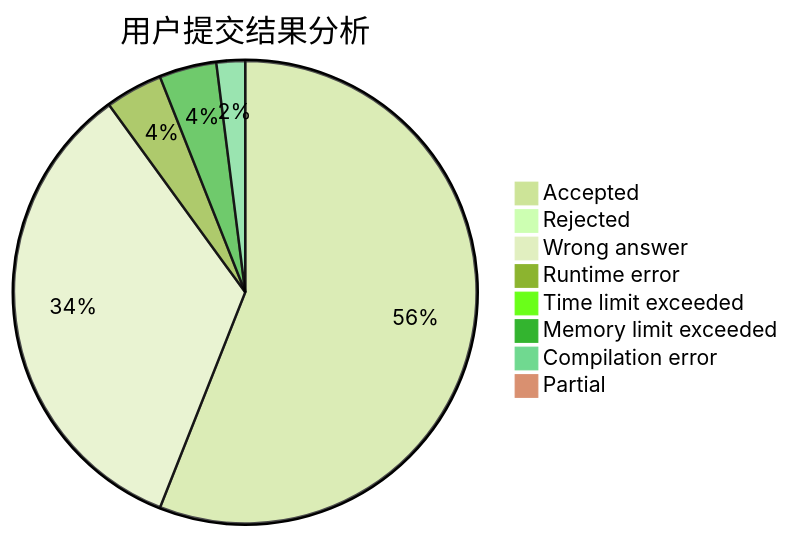
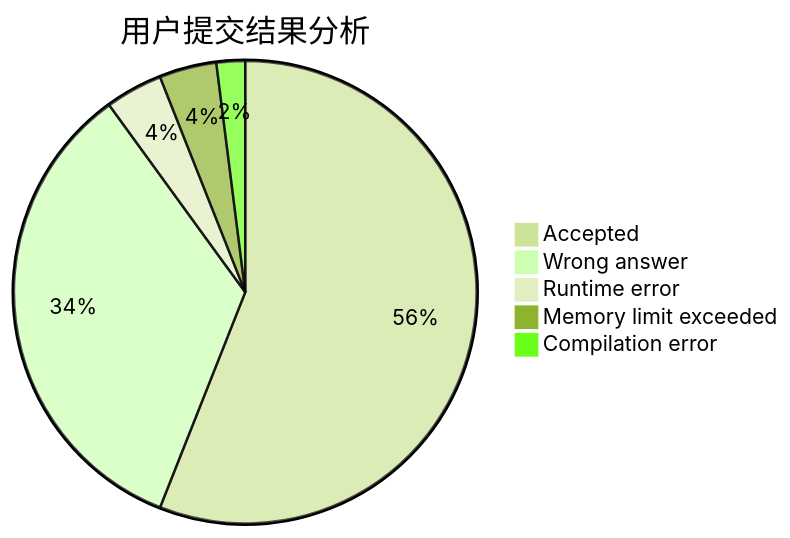
One commit to sherpahu/cfrs.github.io changed the first of 3 diagrams in docs/user/u327.md. Above: the diagram before and after it, drawn with Mermaid (forest theme). The commit also changed 2770 other files, not shown here.

````diff
--- a/docs/user/u327.md
+++ b/docs/user/u327.md
@@ -5,11 +5,8 @@
 ```mermaid
 pie title 用户提交结果分析
     "Accepted" :  28
-    "Rejected" :  0
     "Wrong answer" :  17
     "Runtime error" :  2
-    "Time limit exceeded" :  0
     "Memory limit exceeded" :  2
     "Compilation error" :  1
-    "Partial" :  0
 ```
````
